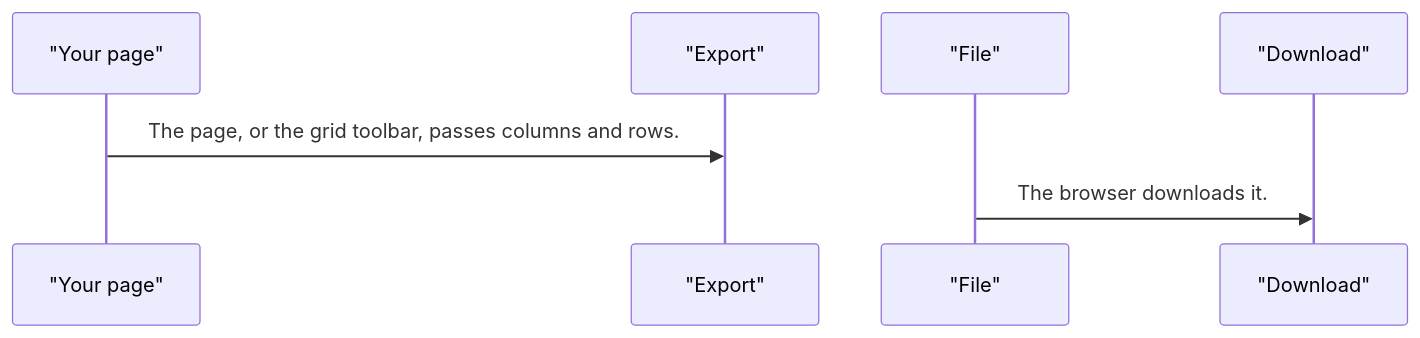
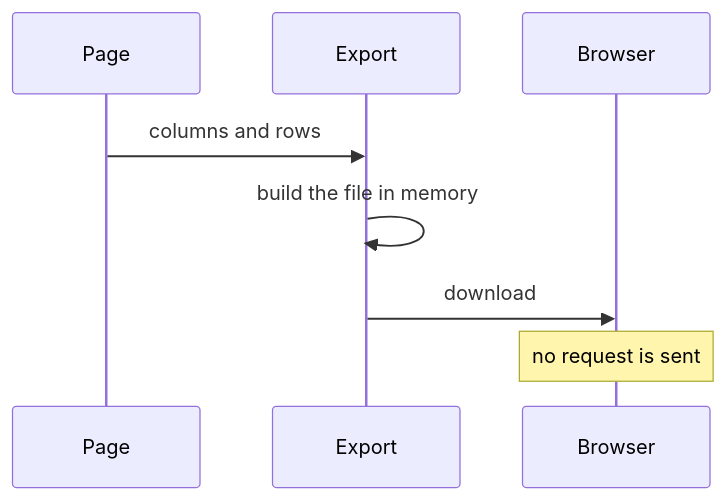
The second of 3 diagrams in projects/pixel-ui/src/lib/services/export/DESIGN.md (RajshekharBorate/pixel-ui), drawn with Mermaid before and after one commit. The commit also changed other lines of this file and 73 other files, not shown here.

Commit message:
Explain who owns each value and what each flow does in every component and service design.

````diff
--- a/projects/pixel-ui/src/lib/services/export/DESIGN.md
+++ b/projects/pixel-ui/src/lib/services/export/DESIGN.md
@@ -45,9 +59,10 @@
 ```mermaid
 sequenceDiagram
-  participant page as "Your page"
-  participant export as "Export"
-  participant file as "File"
-  participant save as "Download"
-  page->>export: The page, or the grid toolbar, passes columns and rows.
-  file->>save: The browser downloads it.
+  participant Page
+  participant Export
+  participant Browser
+  Page->>Export: columns and rows
+  Export->>Export: build the file in memory
+  Export->>Browser: download
+  Note over Browser: no request is sent
 ```
````
